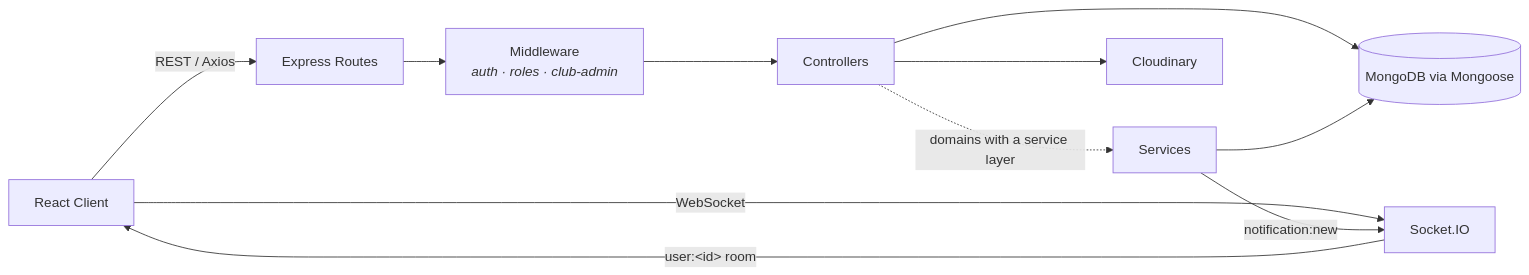
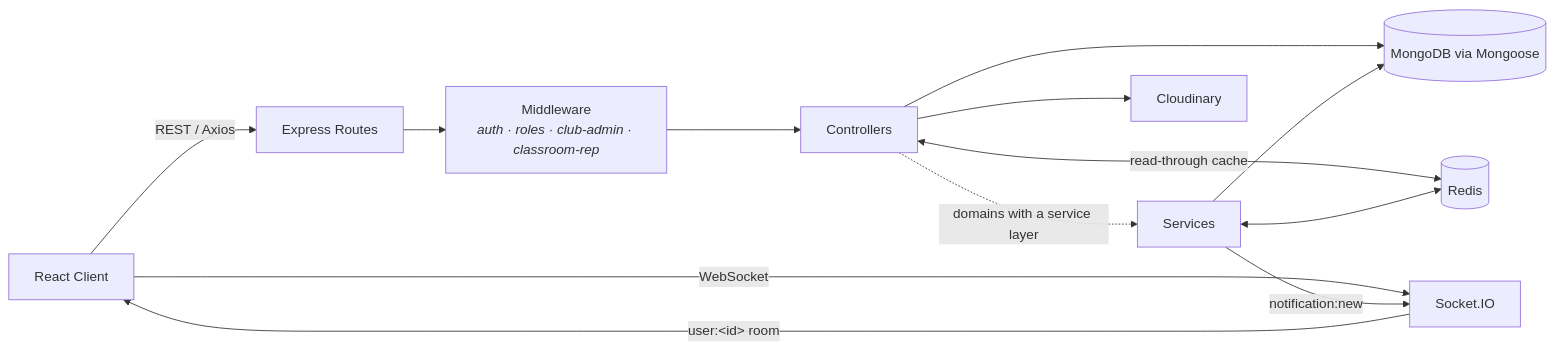
One commit to aravindpulkam3/CampusOS changed the second of 2 diagrams in README.md. Above: the diagram before and after it, drawn with Mermaid. The commit also changed other lines of this file and 13 other files, not shown here.

````diff
--- a/README.md
+++ b/README.md
@@ -153,13 +199,15 @@
 ```mermaid
 flowchart LR
     A[React Client] -- REST / Axios --> B[Express Routes]
     A -- WebSocket --> S[Socket.IO]
-    B --> C[Middleware<br/><i>auth · roles · club-admin</i>]
+    B --> C[Middleware<br/><i>auth · roles · club-admin · classroom-rep</i>]
     C --> D[Controllers]
     D -.->|domains with a service layer| E[Services]
     D --> F[(MongoDB via Mongoose)]
     E --> F
+    D <-->|read-through cache| R[(Redis)]
+    E <--> R
     E -- notification:new --> S
     S -- user:&lt;id&gt; room --> A
     D --> G[Cloudinary]
 ```
````
